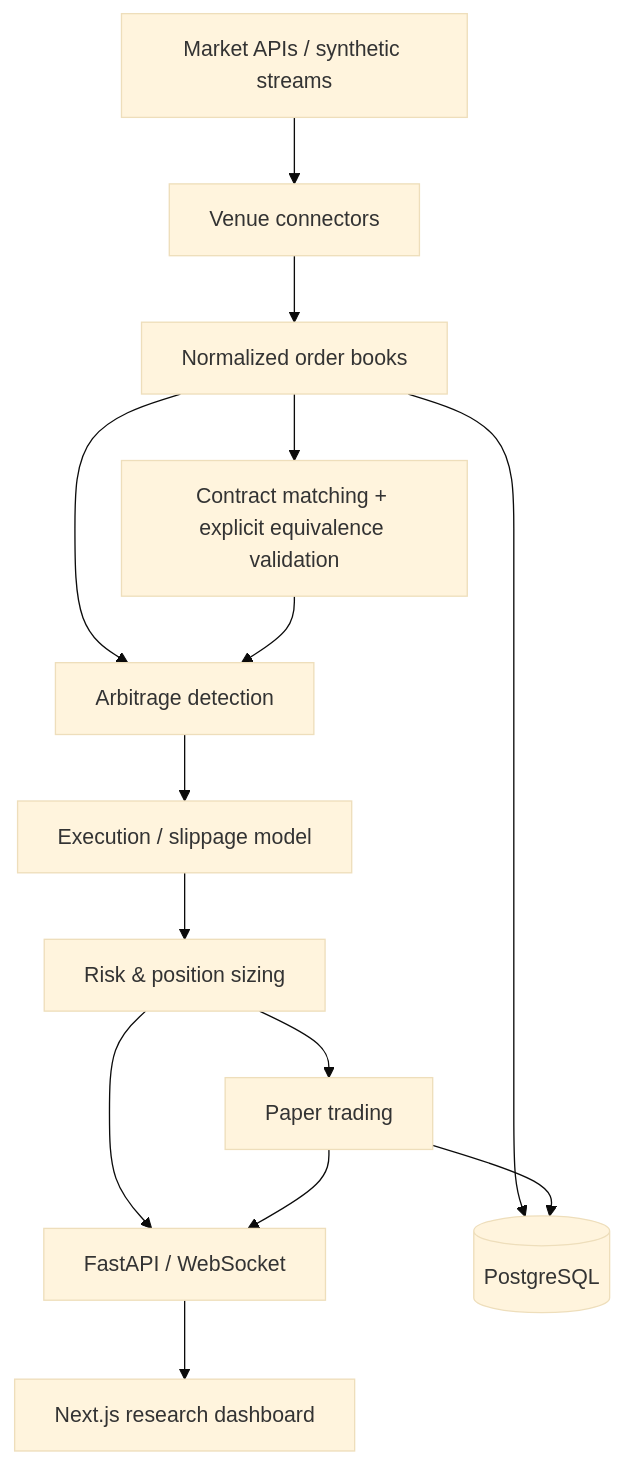
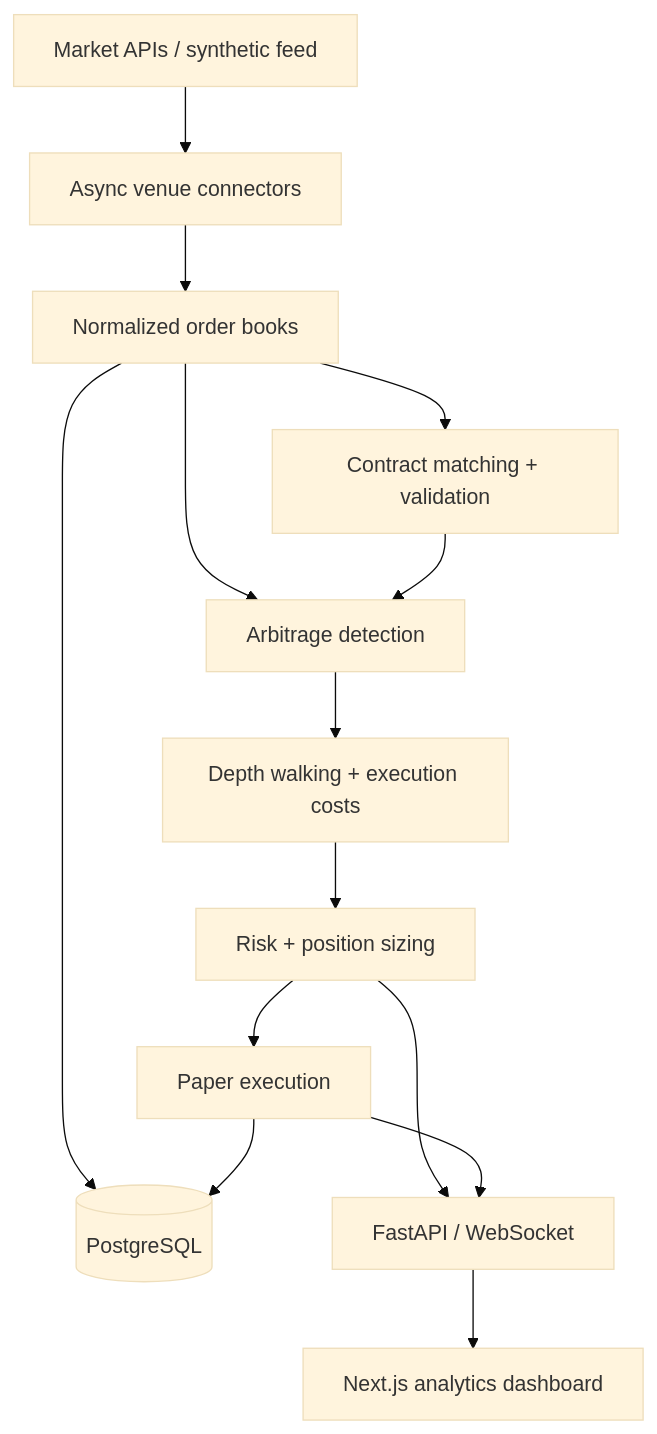
One commit to neilmotiani/prediction-market-arbitrage-engine changed the diagram in README.md. Above: the diagram before and after it, drawn with Mermaid (base theme). The commit also changed other lines of this file and 6 other files, not shown here.

````diff
--- a/README.md
+++ b/README.md
@@ -11,16 +51,16 @@
 ```mermaid
 flowchart TD
-    A[Market APIs / synthetic streams] --> B[Venue connectors]
+    A[Market APIs / synthetic feed] --> B[Async venue connectors]
     B --> C[Normalized order books]
-    C --> D[Contract matching + explicit equivalence validation]
+    C --> D[Contract matching + validation]
     C --> E[Arbitrage detection]
     D --> E
-    E --> F[Execution / slippage model]
-    F --> G[Risk & position sizing]
-    G --> H[Paper trading]
+    E --> F[Depth walking + execution costs]
+    F --> G[Risk + position sizing]
+    G --> H[Paper execution]
+    C --> P[(PostgreSQL)]
+    H --> P
     G --> I[FastAPI / WebSocket]
     H --> I
-    C --> J[(PostgreSQL)]
-    H --> J
-    I --> K[Next.js research dashboard]
+    I --> J[Next.js analytics dashboard]
 ```
````
